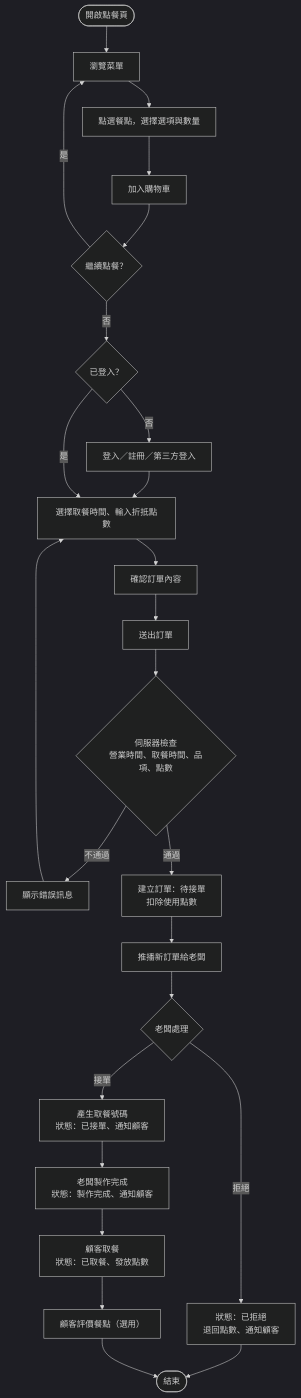
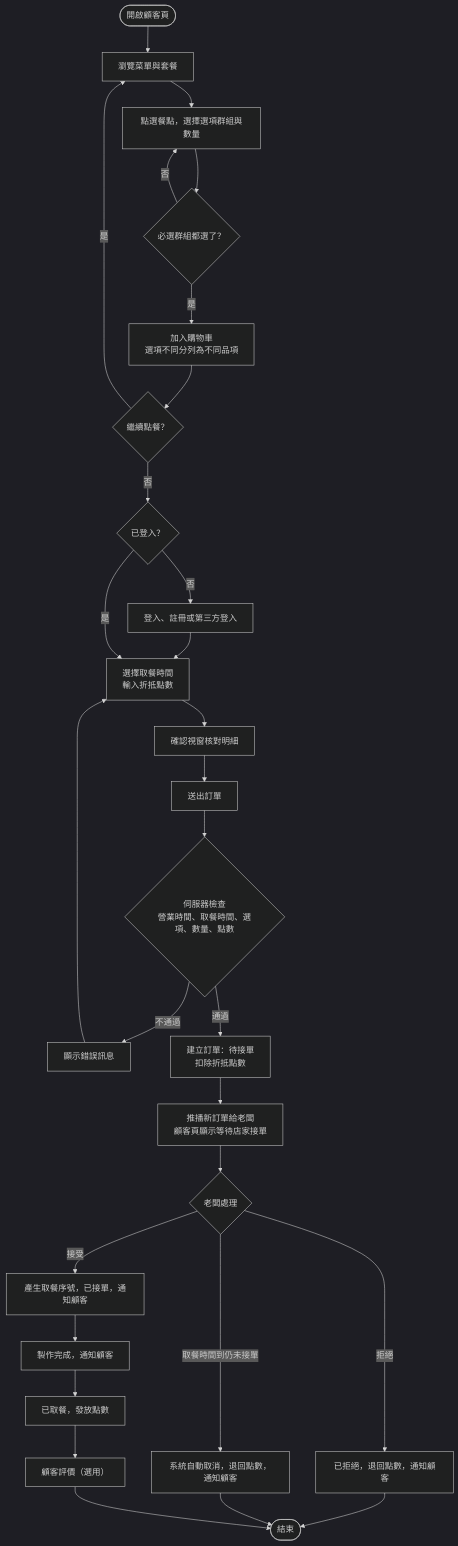
The second of 7 diagrams in docs/SDD.md (AlvinHii/breakfast-ordering-system), drawn with Mermaid (dark theme) before and after one commit. The commit also changed other lines of this file, not shown here.

````diff
--- a/docs/SDD.md
+++ b/docs/SDD.md
@@ -158,23 +169,26 @@
 ```mermaid
 flowchart TD
-  A(["開啟點餐頁"]) --> B["瀏覽菜單"]
-  B --> C["點選餐點，選擇選項與數量"]
-  C --> D["加入購物車"]
-  D --> E{"繼續點餐？"}
-  E -- "是" --> B
-  E -- "否" --> F{"已登入？"}
-  F -- "否" --> G["登入／註冊／第三方登入"] --> H
-  F -- "是" --> H["選擇取餐時間、輸入折抵點數"]
-  H --> I["確認訂單內容"]
-  I --> J["送出訂單"]
-  J --> K{"伺服器檢查<br/>營業時間、取餐時間、品項、點數"}
-  K -- "不通過" --> L["顯示錯誤訊息"] --> H
-  K -- "通過" --> M["建立訂單：待接單<br/>扣除使用點數"]
-  M --> N["推播新訂單給老闆"]
-  N --> O{"老闆處理"}
-  O -- "拒絕" --> P["狀態：已拒絕<br/>退回點數、通知顧客"] --> Z(["結束"])
-  O -- "接單" --> Q["產生取餐號碼<br/>狀態：已接單、通知顧客"]
-  Q --> R["老闆製作完成<br/>狀態：製作完成、通知顧客"]
-  R --> S["顧客取餐<br/>狀態：已取餐、發放點數"]
-  S --> T["顧客評價餐點（選用）"] --> Z
+  A(["開啟顧客頁"]) --> B["瀏覽菜單與套餐"]
+  B --> C["點選餐點，選擇選項群組與數量"]
+  C --> D{"必選群組都選了？"}
+  D -- "否" --> C
+  D -- "是" --> E["加入購物車<br/>選項不同分列為不同品項"]
+  E --> F{"繼續點餐？"}
+  F -- "是" --> B
+  F -- "否" --> G{"已登入？"}
+  G -- "否" --> H["登入、註冊或第三方登入"] --> I
+  G -- "是" --> I["選擇取餐時間<br/>輸入折抵點數"]
+  I --> J["確認視窗核對明細"]
+  J --> K["送出訂單"]
+  K --> L{"伺服器檢查<br/>營業時間、取餐時間、選項、數量、點數"}
+  L -- "不通過" --> M["顯示錯誤訊息"] --> I
+  L -- "通過" --> N["建立訂單：待接單<br/>扣除折抵點數"]
+  N --> O["推播新訂單給老闆<br/>顧客頁顯示等待店家接單"]
+  O --> P{"老闆處理"}
+  P -- "拒絕" --> Q["已拒絕，退回點數，通知顧客"] --> Z(["結束"])
+  P -- "取餐時間到仍未接單" --> R["系統自動取消，退回點數，通知顧客"] --> Z
+  P -- "接受" --> S["產生取餐序號，已接單，通知顧客"]
+  S --> T["製作完成，通知顧客"]
+  T --> U["已取餐，發放點數"]
+  U --> V["顧客評價（選用）"] --> Z
 ```
````
